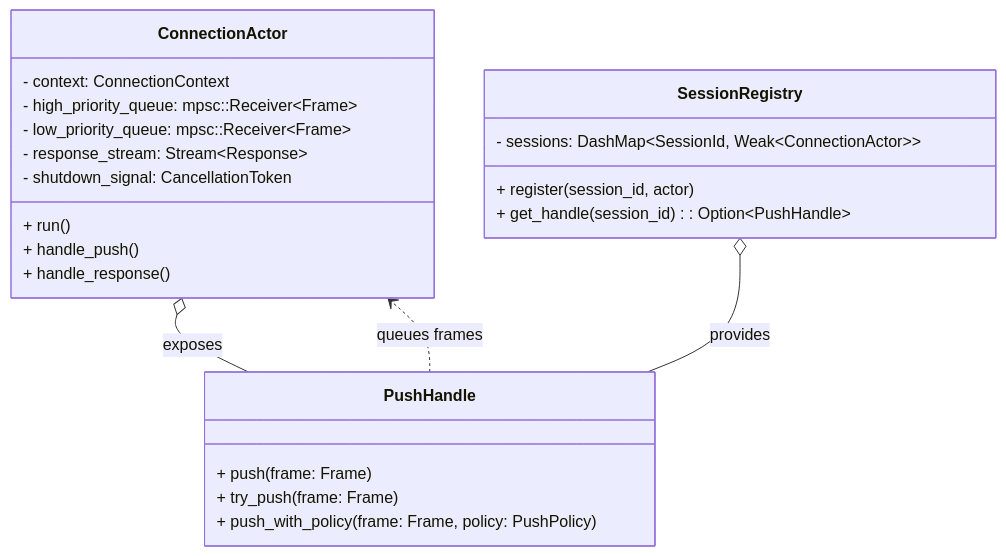
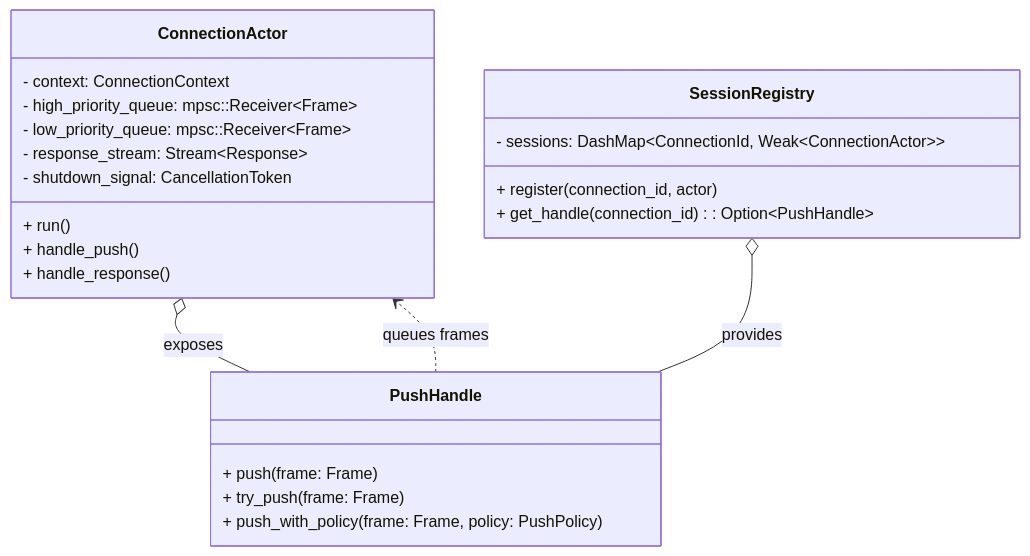
Before and after one commit to leynos/wireframe: the first of 7 diagrams in docs/asynchronous-outbound-messaging-design.md, drawn with Mermaid. The commit also changed other lines of this file, not shown here.

Commit message:
Clean up connection actor docs

````diff
--- a/docs/asynchronous-outbound-messaging-design.md
+++ b/docs/asynchronous-outbound-messaging-design.md
@@ -139,26 +137,26 @@
 ```mermaid
 classDiagram
     class ConnectionActor {
         - context: ConnectionContext
         - high_priority_queue: mpsc::Receiver&lt;Frame&gt;
         - low_priority_queue: mpsc::Receiver&lt;Frame&gt;
         - response_stream: Stream&lt;Response&gt;
         - shutdown_signal: CancellationToken
         + run()
         + handle_push()
         + handle_response()
     }
     class PushHandle {
         + push(frame: Frame)
         + try_push(frame: Frame)
         + push_with_policy(frame: Frame, policy: PushPolicy)
     }
     class SessionRegistry {
-        - sessions: DashMap&lt;SessionId, Weak&lt;ConnectionActor&gt;&gt;
-        + register(session_id, actor)
-        + get_handle(session_id): Option&lt;PushHandle&gt;
+        - sessions: DashMap&lt;ConnectionId, Weak&lt;ConnectionActor&gt;&gt;
+        + register(connection_id, actor)
+        + get_handle(connection_id): Option&lt;PushHandle&gt;
     }
     ConnectionActor o-- PushHandle : exposes
     SessionRegistry o-- PushHandle : provides
     PushHandle ..> ConnectionActor : queues frames
 ```
````
